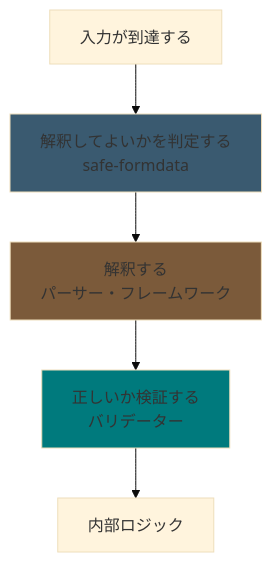
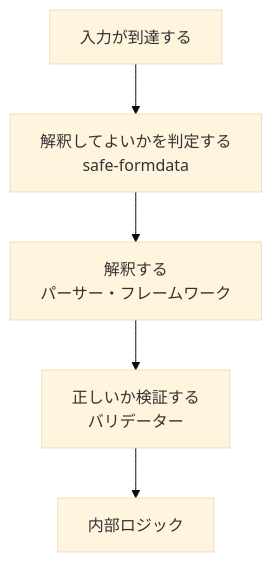
One commit to roottool/zenn-content changed the diagram in articles/38574f4a3fafd4.md. Above: the diagram before and after it, drawn with Mermaid (base theme).

Commit message:
fix: 背景色をデフォルトに戻す (#177)
fix: 配色調整をやめるためデフォルトに戻す

````diff
--- a/articles/38574f4a3fafd4.md
+++ b/articles/38574f4a3fafd4.md
@@ -186,12 +186,8 @@
 ```mermaid
 flowchart TD
 
 A[入力が到達する] --> B[解釈してよいかを判定する<br/>safe-formdata]
 B --> C[解釈する<br/>パーサー・フレームワーク]
 C --> D[正しいか検証する<br/>バリデーター]
 D --> E[内部ロジック]
-
-style B fill:#3a5a70
-style C fill:#7b5a3a
-style D fill:#007a7d
 ```
````
